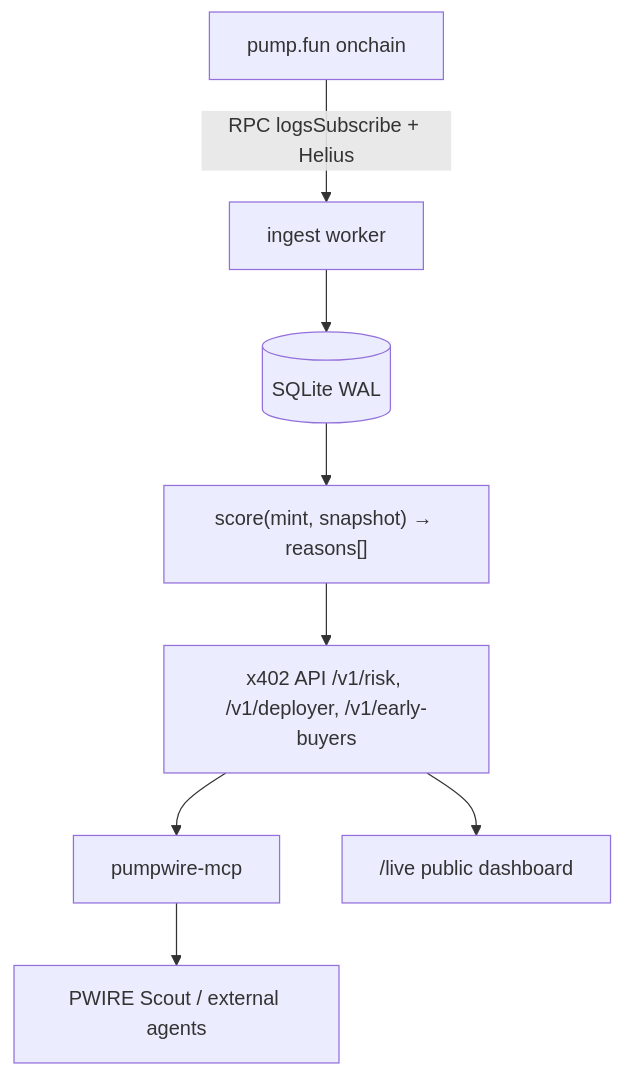
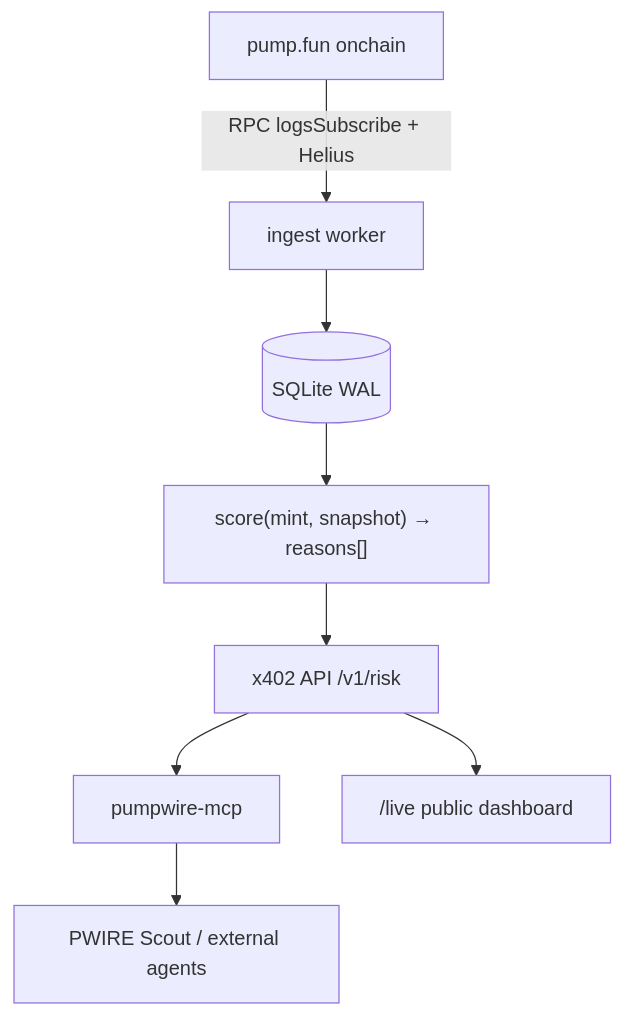
One commit to Josefusan/clawdpump-pwire changed the diagram in README.md. Above: the diagram before and after it, drawn with Mermaid. The commit also changed other lines of this file, not shown here.

````diff
--- a/README.md
+++ b/README.md
@@ -81,10 +80,10 @@
 ```mermaid
 flowchart TD
     A[pump.fun onchain] -->|RPC logsSubscribe + Helius| B[ingest worker]
     B --> C[(SQLite WAL)]
     C --> D["score(mint, snapshot) → reasons[]"]
-    D --> E["x402 API /v1/risk, /v1/deployer, /v1/early-buyers"]
+    D --> E["x402 API /v1/risk"]
     E --> F[pumpwire-mcp]
     F --> G[PWIRE Scout / external agents]
     E --> H["/live public dashboard"]
 ```
````
